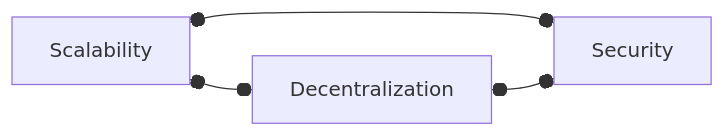
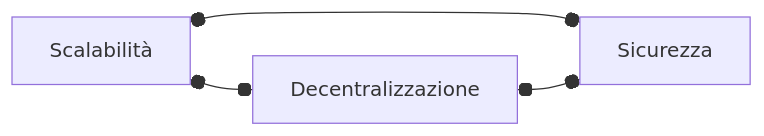
One commit to rene78/BitcoinMythBusters changed the second of 2 diagrams in it/README.md. Above: the diagram before and after it, drawn with Mermaid. The commit also changed other lines of this file, not shown here.

````diff
--- a/it/README.md
+++ b/it/README.md
@@ -202,5 +202,5 @@
   ```mermaid
   flowchart LR
-    Scalability o--o Decentralization & Security;
-    Decentralization o--o Security;
+    Scalabilità o--o Decentralizzazione & Sicurezza;
+    Decentralizzazione o--o Sicurezza;
   ```
````
